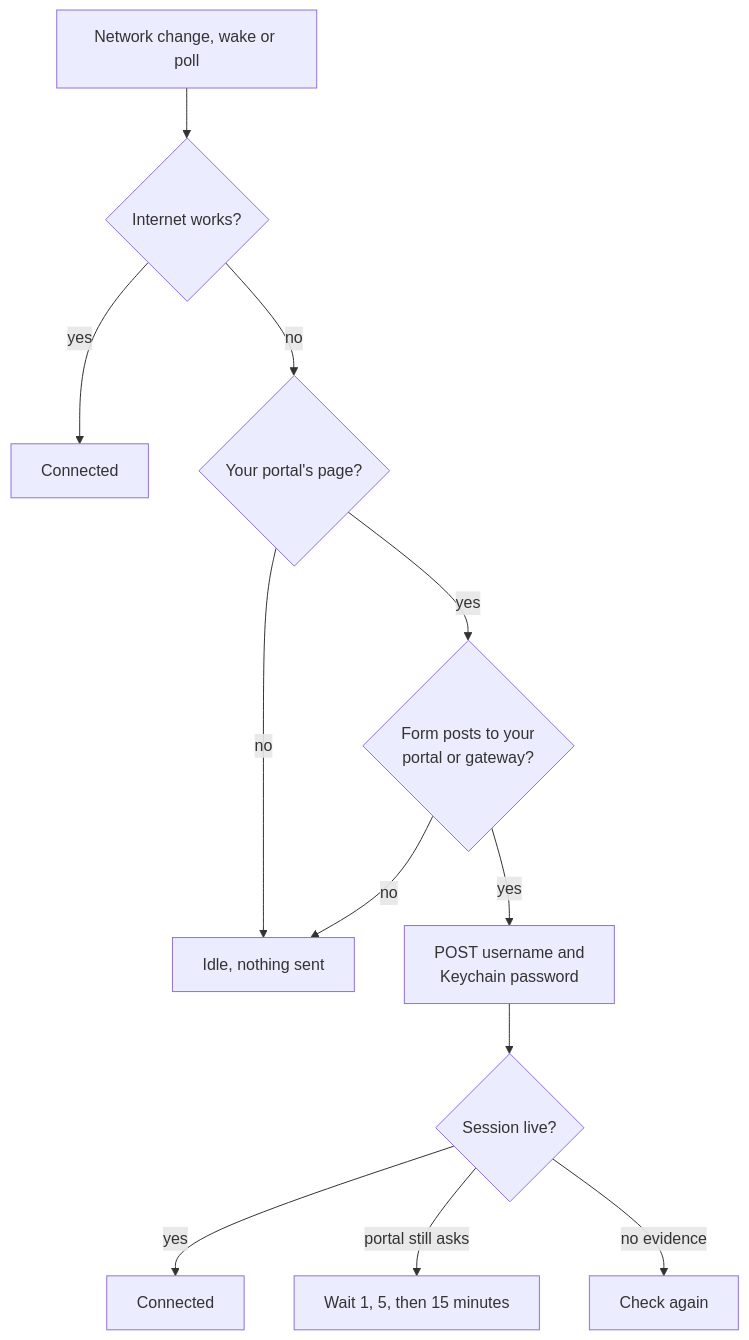
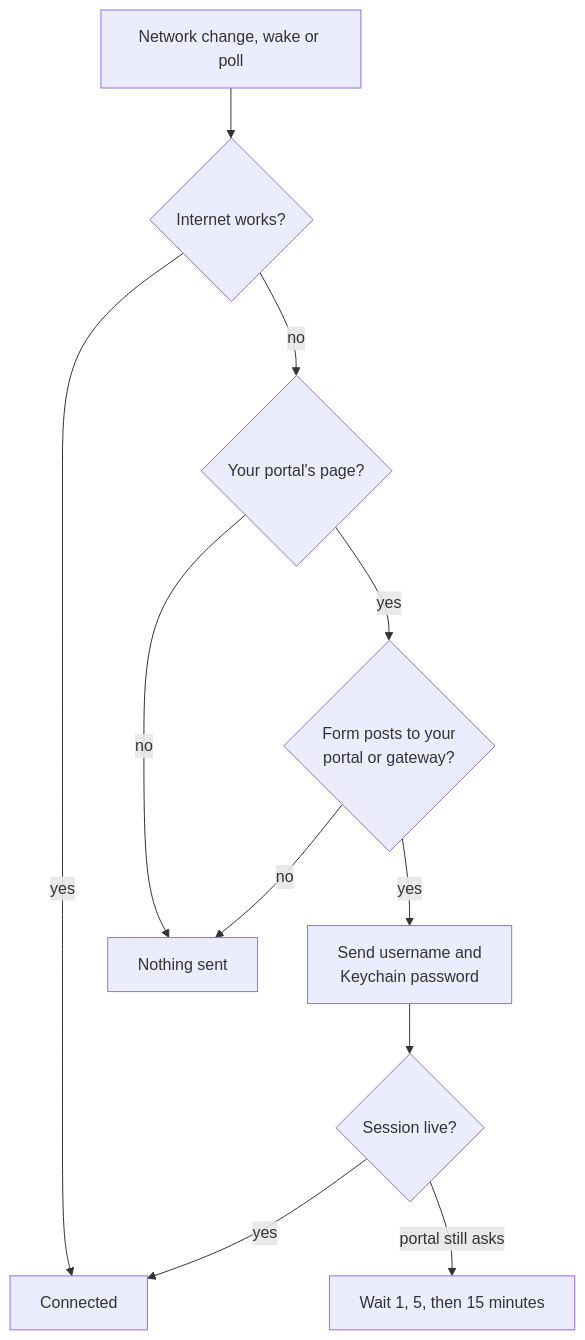
One commit to davidwidagdo/ai-meter-bar changed the second of 2 diagrams in README.md. Above: the diagram before and after it, drawn with Mermaid. The commit also changed other lines of this file and 1 other file, not shown here.

````diff
--- a/README.md
+++ b/README.md
@@ -40,14 +37,13 @@
 ```mermaid
 flowchart TD
   T[Network change, wake or poll] --> P{Internet works?}
   P -->|yes| C[Connected]
   P -->|no| G{Your portal's page?}
-  G -->|no| I[Idle, nothing sent]
+  G -->|no| I[Nothing sent]
   G -->|yes| H{Form posts to your<br/>portal or gateway?}
   H -->|no| I
-  H -->|yes| L[POST username and<br/>Keychain password]
+  H -->|yes| L[Send username and<br/>Keychain password]
   L --> R{Session live?}
-  R -->|yes| OK[Connected]
+  R -->|yes| C
   R -->|portal still asks| W[Wait 1, 5, then 15 minutes]
-  R -->|no evidence| U[Check again]
 ```
````
